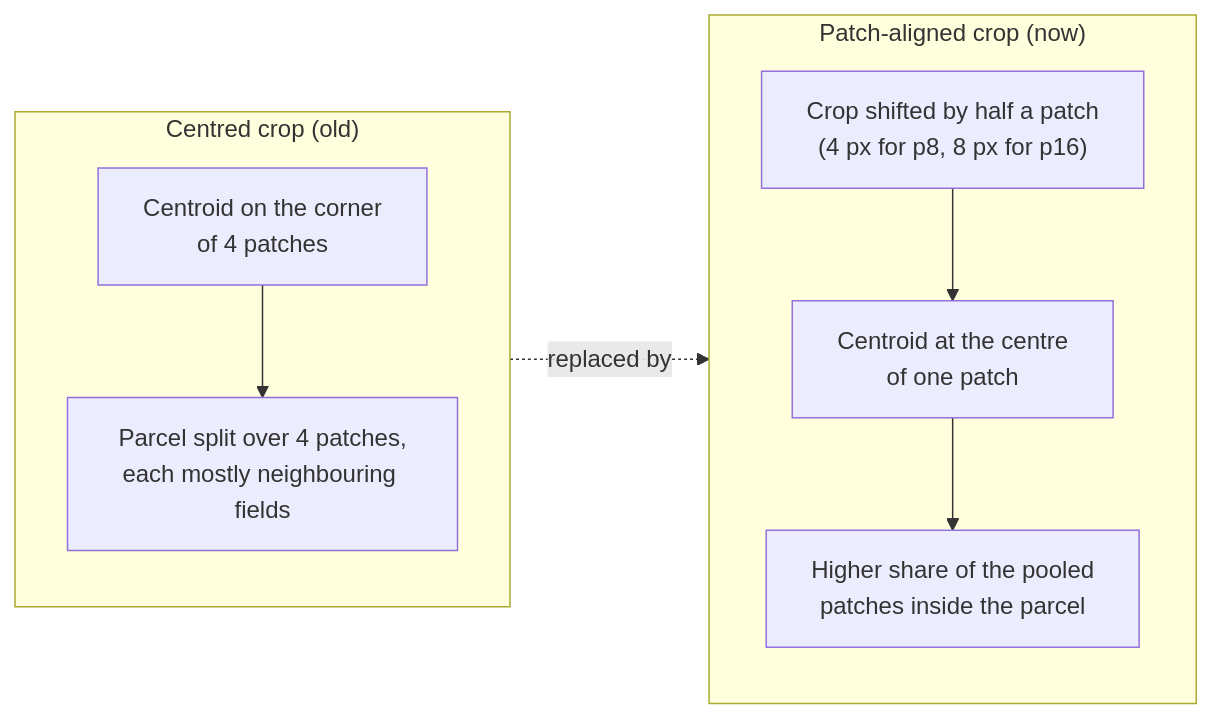
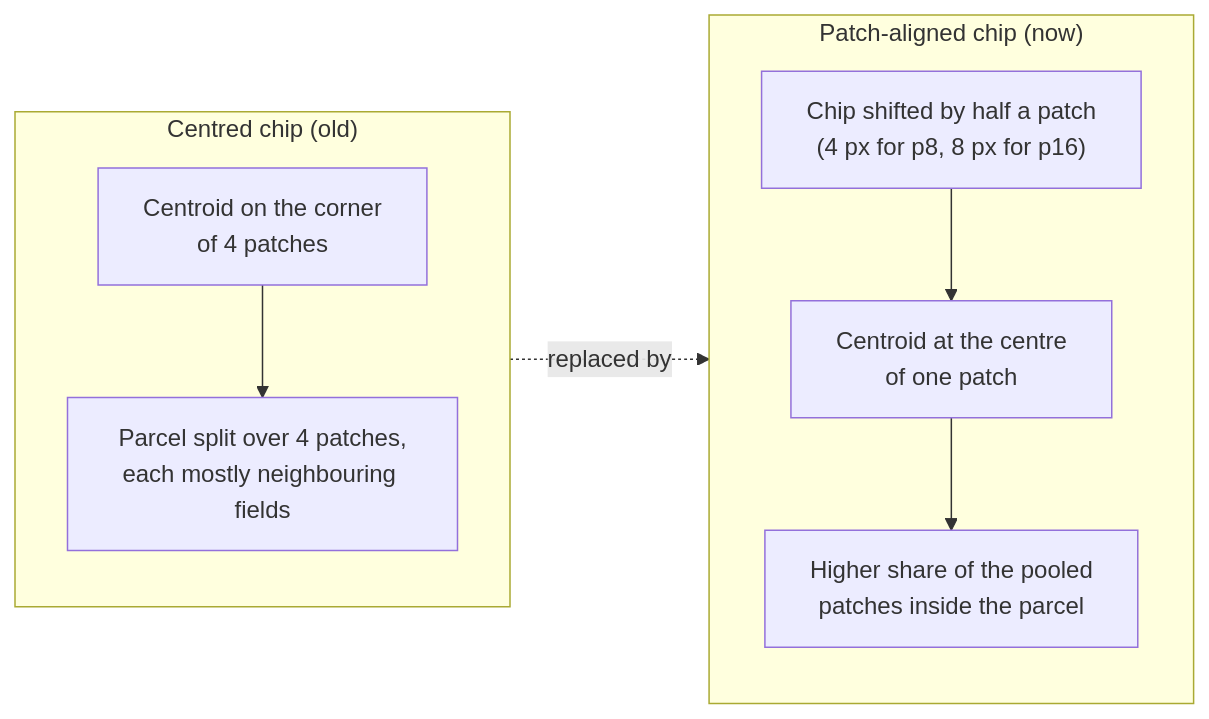
The tenth of 10 diagrams in ml_dataset_prep/README.md (amanchry/irrimapping-geofm), drawn with Mermaid before and after one commit. The commit also changed other lines of this file and 14 other files, not shown here.

````diff
--- a/ml_dataset_prep/README.md
+++ b/ml_dataset_prep/README.md
@@ -453,11 +453,11 @@
 ```mermaid
 flowchart LR
-    subgraph OLD["Centred crop (old)"]
+    subgraph OLD["Centred chip (old)"]
         O1["Centroid on the corner<br/>of 4 patches"] --> O2["Parcel split over 4 patches,<br/>each mostly neighbouring fields"]
     end
-    subgraph NEW["Patch-aligned crop (now)"]
-        N1["Crop shifted by half a patch<br/>(4 px for p8, 8 px for p16)"] --> N2["Centroid at the centre<br/>of one patch"]
+    subgraph NEW["Patch-aligned chip (now)"]
+        N1["Chip shifted by half a patch<br/>(4 px for p8, 8 px for p16)"] --> N2["Centroid at the centre<br/>of one patch"]
         N2 --> N3["Higher share of the pooled<br/>patches inside the parcel"]
     end
     OLD -.->|"replaced by"| NEW
 ```
````
